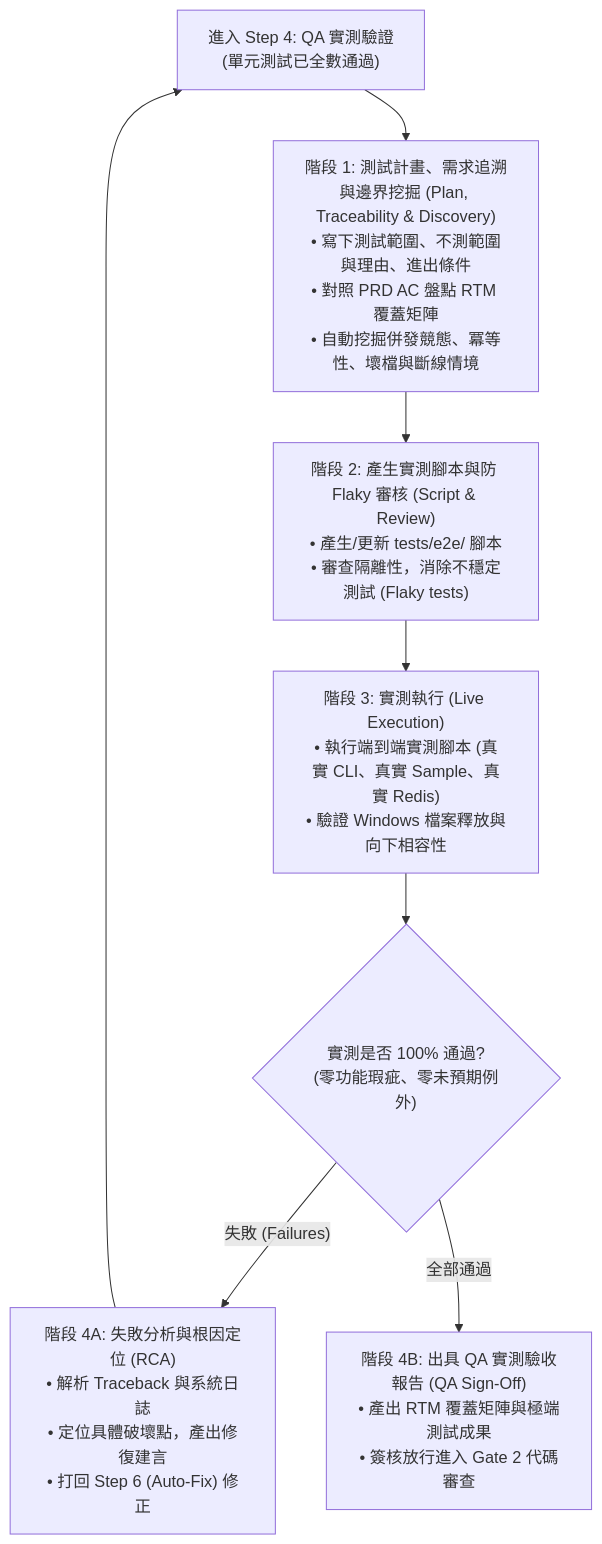
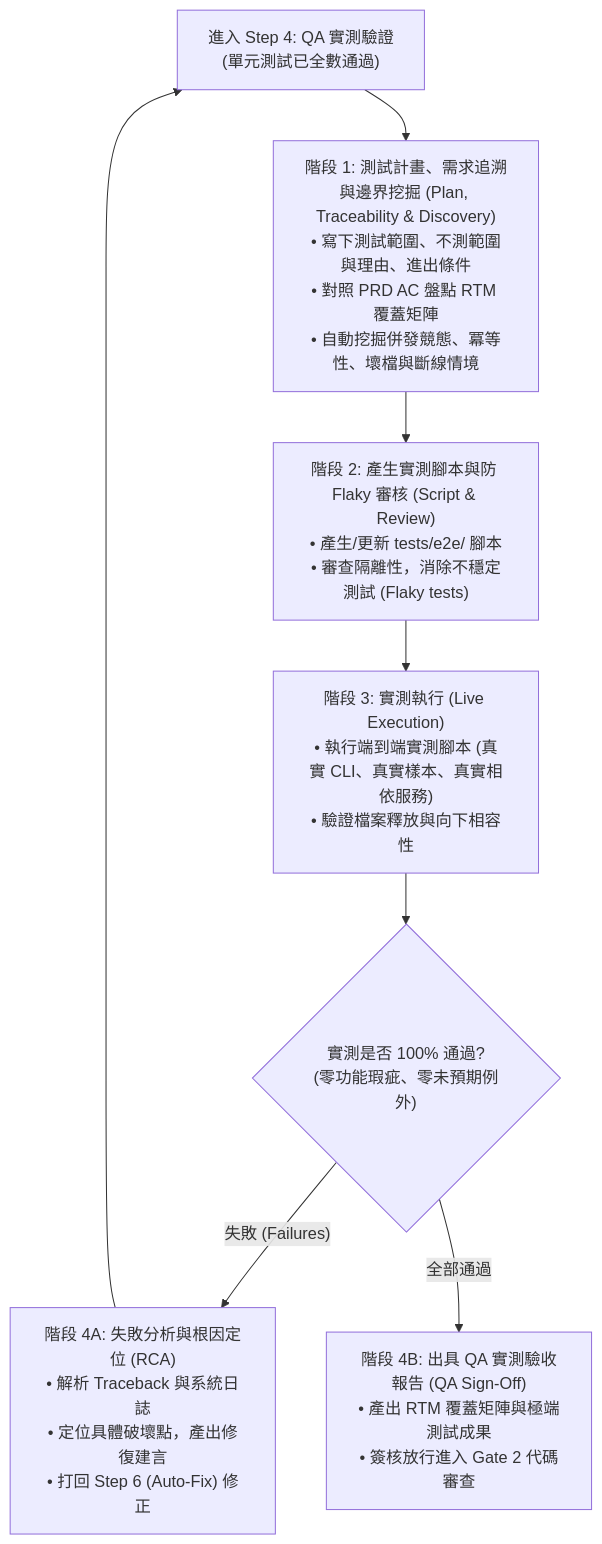
One commit to williamcccc/resume-transform-search changed the diagram in .agents/skills/qa-testing/SKILL.md. Above: the diagram before and after it, drawn with Mermaid. The commit also changed other lines of this file and 17 other files, not shown here.

````diff
--- a/.agents/skills/qa-testing/SKILL.md
+++ b/.agents/skills/qa-testing/SKILL.md
@@ -51,14 +53,14 @@
 ```mermaid
 flowchart TD
     Start["進入 Step 4: QA 實測驗證<br>(單元測試已全數通過)"] --> Phase1["階段 1: 測試計畫、需求追溯與邊界挖掘 (Plan, Traceability & Discovery)<br>• 寫下測試範圍、不測範圍與理由、進出條件<br>• 對照 PRD AC 盤點 RTM 覆蓋矩陣<br>• 自動挖掘併發競態、冪等性、壞檔與斷線情境"]
     
     Phase1 --> Phase2["階段 2: 產生實測腳本與防 Flaky 審核 (Script & Review)<br>• 產生/更新 tests/e2e/ 腳本<br>• 審查隔離性，消除不穩定測試 (Flaky tests)"]
     
-    Phase2 --> Phase3["階段 3: 實測執行 (Live Execution)<br>• 執行端到端實測腳本 (真實 CLI、真實 Sample、真實 Redis)<br>• 驗證 Windows 檔案釋放與向下相容性"]
+    Phase2 --> Phase3["階段 3: 實測執行 (Live Execution)<br>• 執行端到端實測腳本 (真實 CLI、真實樣本、真實相依服務)<br>• 驗證檔案釋放與向下相容性"]
     
     Phase3 --> Check{"實測是否 100% 通過?<br>(零功能瑕疵、零未預期例外)"}
     Check -->|"失敗 (Failures)"| RCA["階段 4A: 失敗分析與根因定位 (RCA)<br>• 解析 Traceback 與系統日誌<br>• 定位具體破壞點，產出修復建言<br>• 打回 Step 6 (Auto-Fix) 修正"]
     RCA --> Start
     
     Check -->|"全部通過"| Phase4["階段 4B: 出具 QA 實測驗收報告 (QA Sign-Off)<br>• 產出 RTM 覆蓋矩陣與極端測試成果<br>• 簽核放行進入 Gate 2 代碼審查"]
 ```
````
